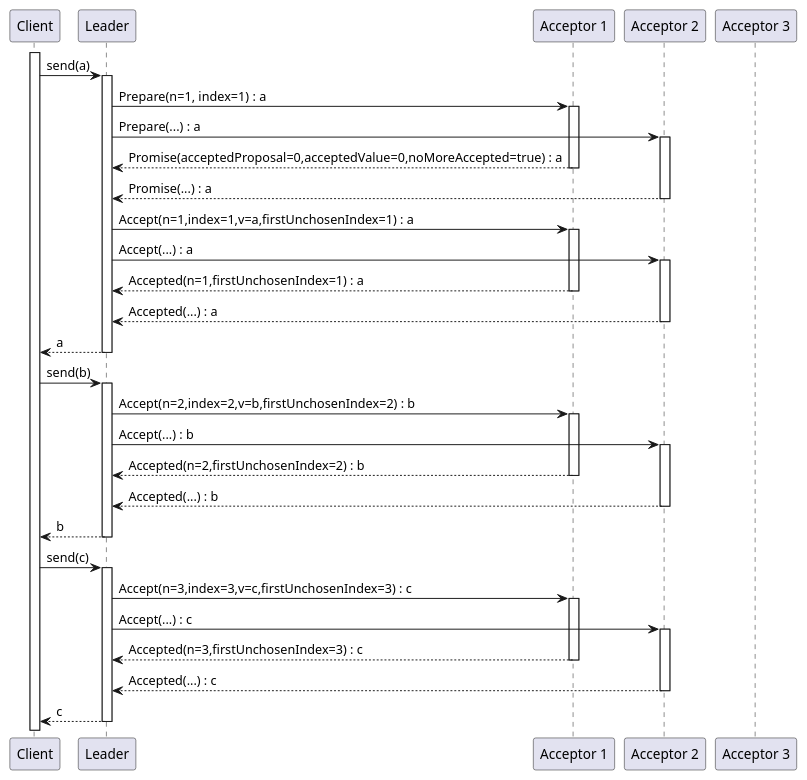
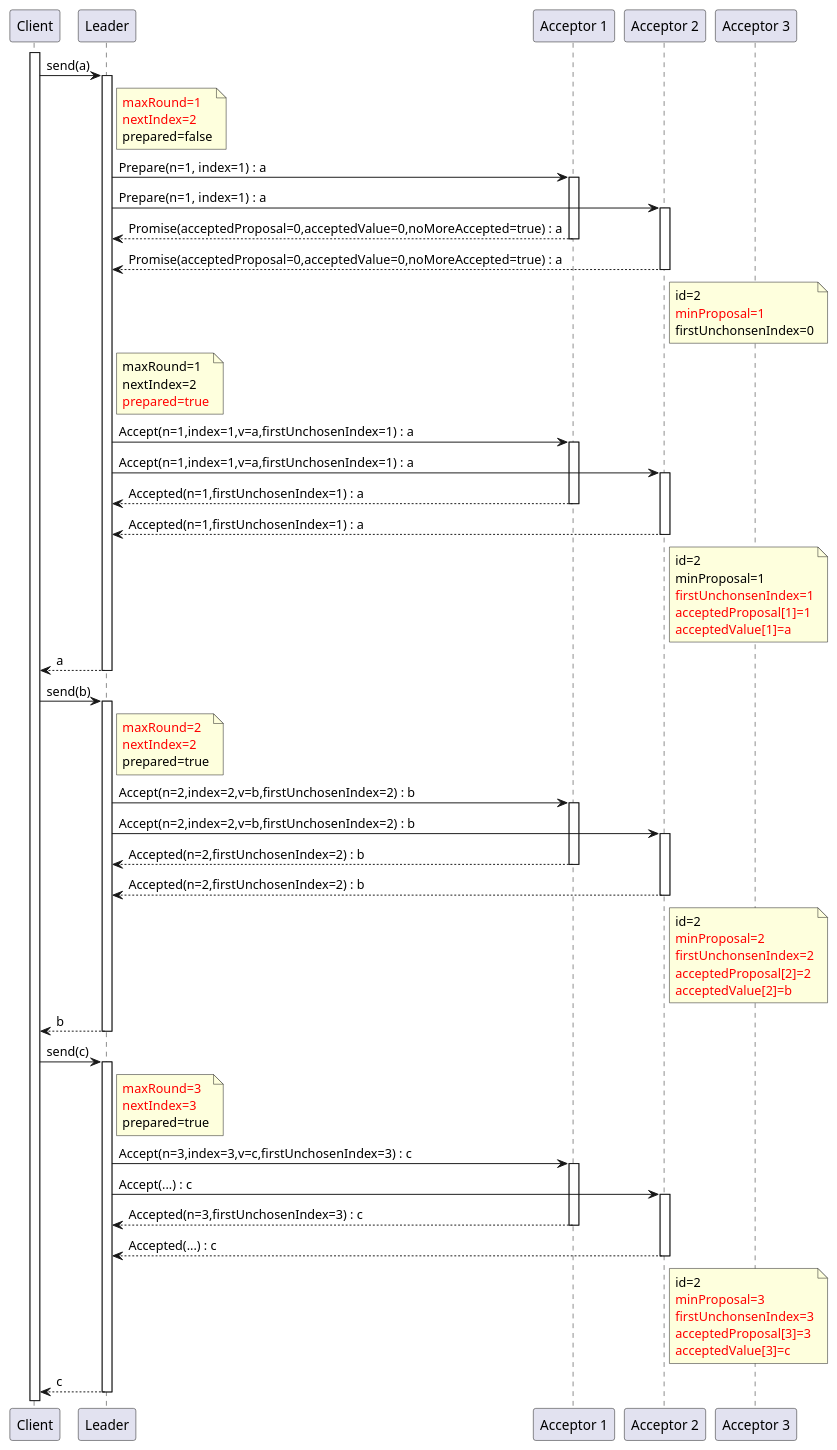
One commit to nocnob/notfound changed the first of 3 diagrams in src/pages/posts/distribution-paxos-multi.adoc. Above: the diagram before and after it, drawn with PlantUML.

Commit message:
修改：     src/pages/posts/distribution-paxos-multi.adoc

```diff
--- a/src/pages/posts/distribution-paxos-multi.adoc
+++ b/src/pages/posts/distribution-paxos-multi.adoc
@@ -22,42 +22,62 @@
 
 activate c
 c -> l : send(a)
+note right l: <font color=red>maxRound=1\n<font color=red>nextIndex=2\nprepared=false
 activate l
     l -> a1 : Prepare(n=1, index=1) : a
     activate a1
-    l -> a2 : Prepare(...) : a
+    l -> a2 : Prepare(n=1, index=1) : a
     activate a2
     l <-- a1 : Promise(acceptedProposal=0,acceptedValue=0,noMoreAccepted=true) : a
     deactivate a1
-    l <-- a2 : Promise(...) : a
+    l <-- a2 : Promise(acceptedProposal=0,acceptedValue=0,noMoreAccepted=true) : a
     deactivate a2
+    note right a2: id=2\n<font color=red>minProposal=1\nfirstUnchonsenIndex=0
+    note right l: maxRound=1\nnextIndex=2\n<font color=red>prepared=true
 
     l -> a1 : Accept(n=1,index=1,v=a,firstUnchosenIndex=1) : a
     activate a1
-    l -> a2 : Accept(...) : a
+    l -> a2 : Accept(n=1,index=1,v=a,firstUnchosenIndex=1) : a
     activate a2
     l <-- a1 : Accepted(n=1,firstUnchosenIndex=1) : a
     deactivate a1
-    l <-- a2 : Accepted(...) : a
+    l <-- a2 : Accepted(n=1,firstUnchosenIndex=1) : a
     deactivate a2
+    note right a2
+        id=2
+        minProposal=1
+        <font color=red>firstUnchonsenIndex=1
+        <font color=red>acceptedProposal[1]=1
+        <font color=red>acceptedValue[1]=a
+    end note
 c <-- l : a
 deactivate l
 
 c -> l : send(b)
+note right l: <font color=red>maxRound=2\n<font color=red>nextIndex=2\nprepared=true
 activate l
     l -> a1 : Accept(n=2,index=2,v=b,firstUnchosenIndex=2) : b
     activate a1
-    l -> a2 : Accept(...) : b
+    l -> a2 : Accept(n=2,index=2,v=b,firstUnchosenIndex=2) : b
     activate a2
     l <-- a1 : Accepted(n=2,firstUnchosenIndex=2) : b
     deactivate a1
-    l <-- a2 : Accepted(...) : b
+    l <-- a2 : Accepted(n=2,firstUnchosenIndex=2) : b
     deactivate a2
+    note right a2
+        id=2
+        <font color=red>minProposal=2
+        <font color=red>firstUnchonsenIndex=2
+        <font color=red>acceptedProposal[2]=2
+        <font color=red>acceptedValue[2]=b
+    end note
+
 c <-- l : b
 deactivate l
 
 
 c -> l : send(c)
+note right l: <font color=red>maxRound=3\n<font color=red>nextIndex=3\nprepared=true
 activate l
     l -> a1 : Accept(n=3,index=3,v=c,firstUnchosenIndex=3) : c
     activate a1
@@ -67,6 +87,13 @@
     deactivate a1
     l <-- a2 : Accepted(...) : c
     deactivate a2
+    note right a2
+        id=2
+        <font color=red>minProposal=3
+        <font color=red>firstUnchonsenIndex=3
+        <font color=red>acceptedProposal[3]=3
+        <font color=red>acceptedValue[3]=c
+    end note
 c <-- l : c
 deactivate l
 @enduml
```
